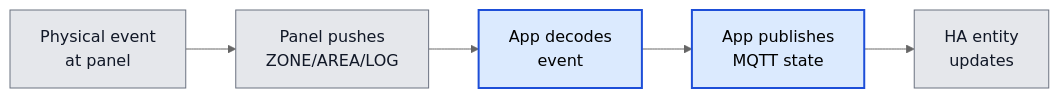
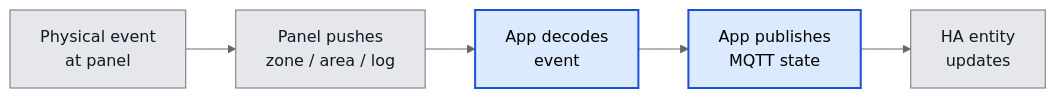
Before and after one commit to michaelmarconi/texecom_alarm: the fourth of 6 diagrams in docs/architecture.md, drawn with Mermaid (neutral theme). The commit also changed other lines of this file, not shown here.

First line of the commit message:
docs(architecture): fold ADR-021 into one busy-versus-dead session story

````diff
--- a/docs/architecture.md
+++ b/docs/architecture.md
@@ -486,13 +165,13 @@
 ```mermaid
 flowchart LR
     Event["Physical event<br/>at panel"]:::external
-    Push["Panel pushes<br/>ZONE/AREA/LOG"]:::external
+    Push["Panel pushes<br/>zone / area / log"]:::external
     Decode["App decodes<br/>event"]:::owned
     State["App publishes<br/>MQTT state"]:::owned
     Reflect["HA entity<br/>updates"]:::external
 
     Event --> Push --> Decode --> State --> Reflect
 
     classDef owned fill:#dbeafe,stroke:#1d4ed8,stroke-width:2px
     classDef external fill:#e5e7eb,stroke:#6b7280,color:#111827
 ```
````
